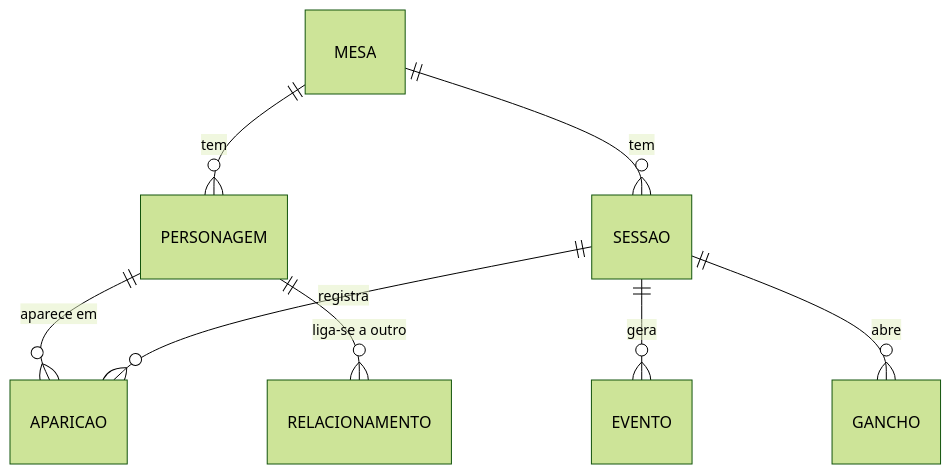
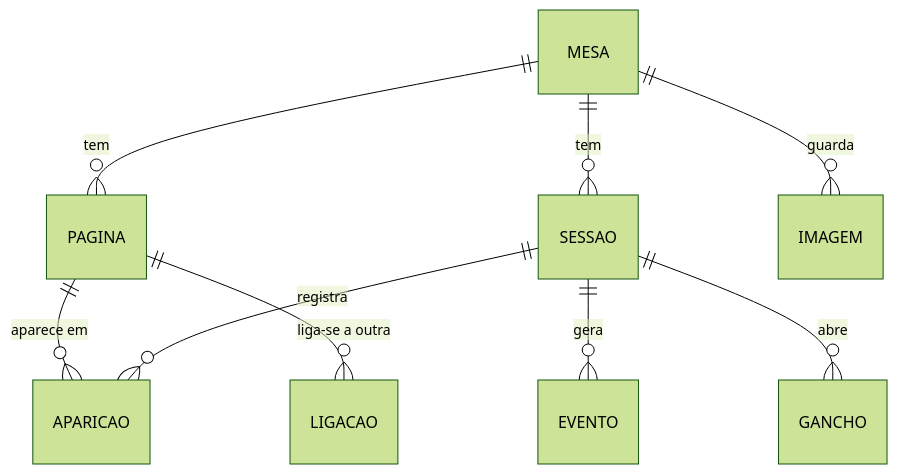
Before and after one commit to CaueCunha/giriamestre: the diagram in docs/planejamento.md, drawn with Mermaid (forest theme). The commit also changed other lines of this file, not shown here.

````diff
--- a/docs/planejamento.md
+++ b/docs/planejamento.md
@@ -132,10 +138,11 @@
 ```mermaid
 erDiagram
-    MESA ||--o{ PERSONAGEM : "tem"
+    MESA ||--o{ PAGINA : "tem"
     MESA ||--o{ SESSAO : "tem"
-    PERSONAGEM ||--o{ APARICAO : "aparece em"
+    MESA ||--o{ IMAGEM : "guarda"
+    PAGINA ||--o{ APARICAO : "aparece em"
     SESSAO ||--o{ APARICAO : "registra"
-    PERSONAGEM ||--o{ RELACIONAMENTO : "liga-se a outro"
+    PAGINA ||--o{ LIGACAO : "liga-se a outra"
     SESSAO ||--o{ EVENTO : "gera"
     SESSAO ||--o{ GANCHO : "abre"
 ```
````
